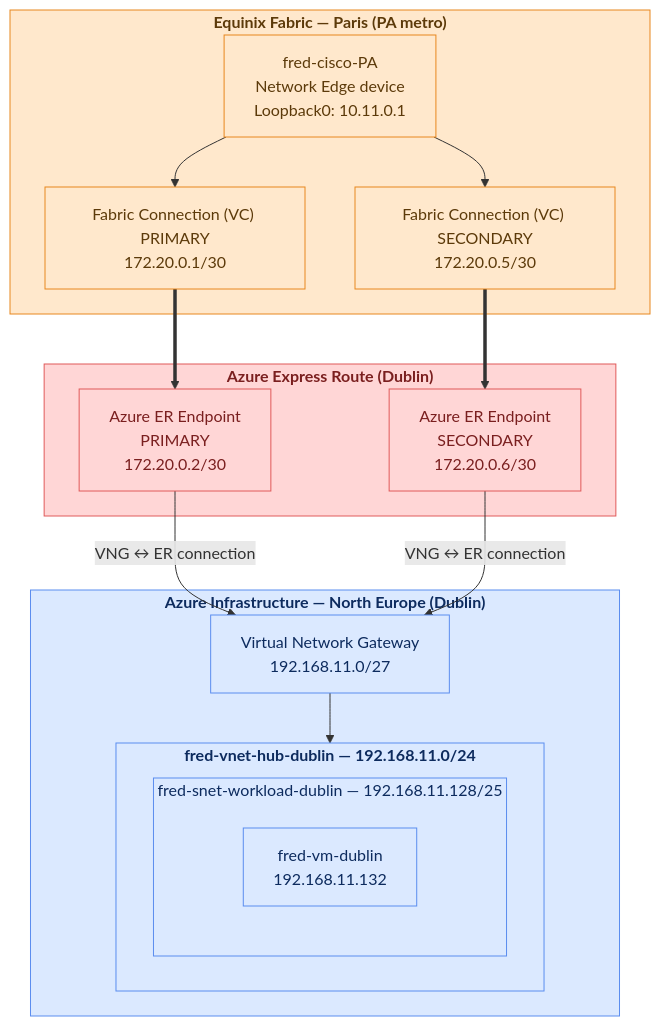
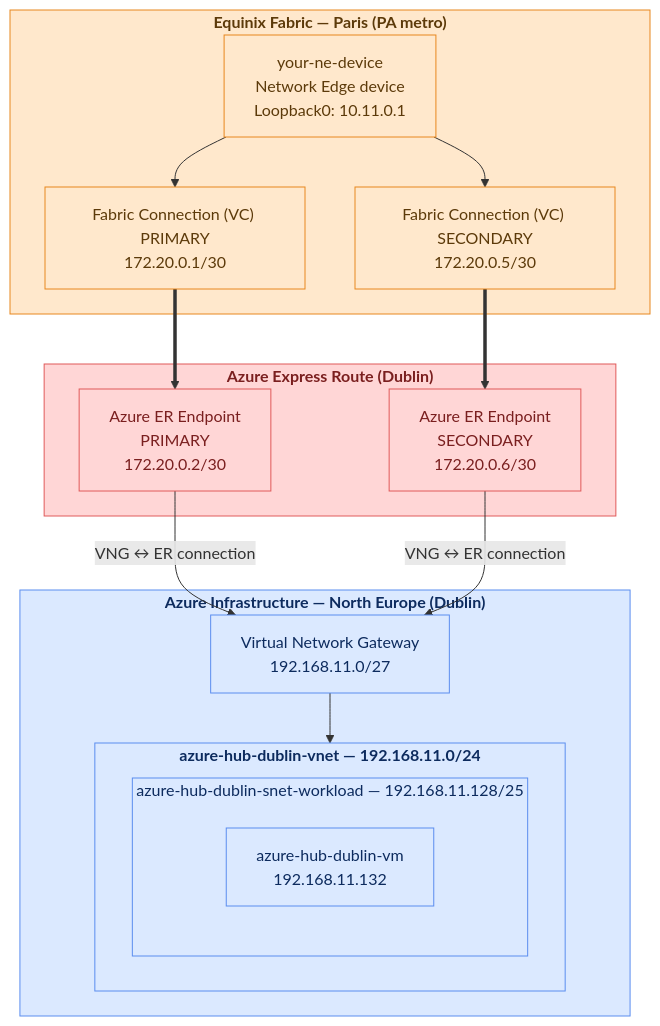
Before and after one commit to festrade-equinix/eqx-azure-hub-minimal: the diagram in README.md, drawn with Mermaid. The commit also changed other lines of this file and 4 other files, not shown here.

````diff
--- a/README.md
+++ b/README.md
@@ -68,40 +68,40 @@
 ```mermaid
 flowchart TB
     subgraph EQX["<b>Equinix Fabric — Paris (PA metro)</b>"]
-        Device["fred-cisco-PA\nNetwork Edge device\nLoopback0: 10.11.0.1"]
+        Device["your-ne-device\nNetwork Edge device\nLoopback0: 10.11.0.1"]
         Primary["Fabric Connection (VC) PRIMARY\n172.20.0.1/30"]
         Secondary["Fabric Connection (VC) SECONDARY\n172.20.0.5/30"]
         Device --> Primary
         Device --> Secondary
     end
 
     subgraph ERC["<b>Azure Express Route (Dublin)</b>"]
         EPPrimary["Azure ER Endpoint\nPRIMARY\n172.20.0.2/30"]
         EPSecondary["Azure ER Endpoint\nSECONDARY\n172.20.0.6/30"]
     end
 
     subgraph AZR["<b>Azure Infrastructure — North Europe (Dublin)</b>"]
         VNG["Virtual Network Gateway\n192.168.11.0/27"]
 
-        subgraph VNet["<b>fred-vnet-hub-dublin — 192.168.11.0/24</b>"]
-            subgraph Workload["fred-snet-workload-dublin — 192.168.11.128/25"]
-                VM["fred-vm-dublin\n192.168.11.132"]
+        subgraph VNet["<b>azure-hub-dublin-vnet — 192.168.11.0/24</b>"]
+            subgraph Workload["azure-hub-dublin-snet-workload — 192.168.11.128/25"]
+                VM["azure-hub-dublin-vm\n192.168.11.132"]
             end
         end
 
         VNG --> VNet
     end
 
     Primary ==> EPPrimary
     Secondary ==> EPSecondary
     EPPrimary -->|VNG ↔ ER connection| VNG
     EPSecondary -->|VNG ↔ ER connection| VNG
 
     classDef equinix fill:#ffe8cc,stroke:#e8871e,color:#5c3a0a
     classDef azure fill:#dbe9ff,stroke:#5b8def,color:#0d2b5e
     classDef expressroute fill:#ffd6d6,stroke:#e05a5a,color:#7a1f1f
 
     class EQX,Device,Primary,Secondary equinix
     class AZR,VNG,VNet,Workload,VM azure
     class ERC,EPPrimary,EPSecondary expressroute
 ```
````
